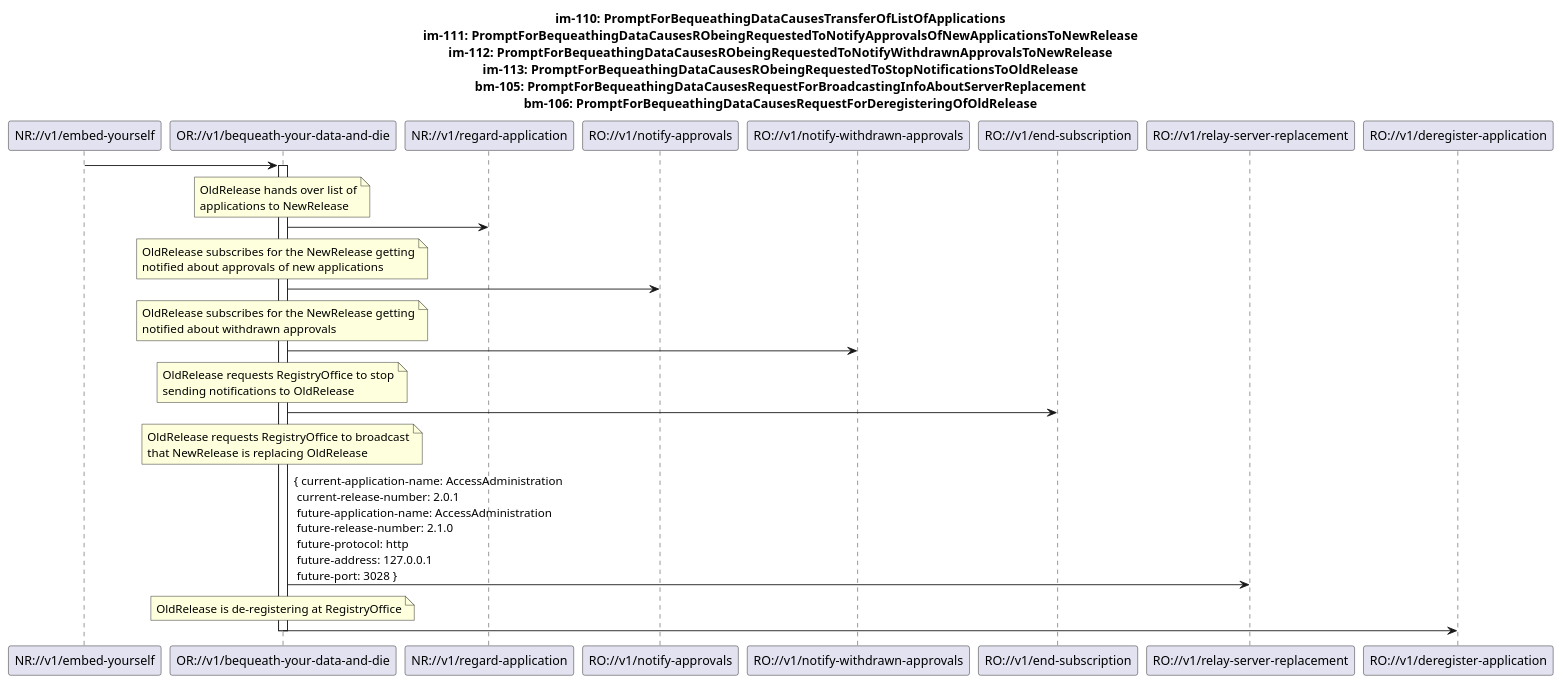
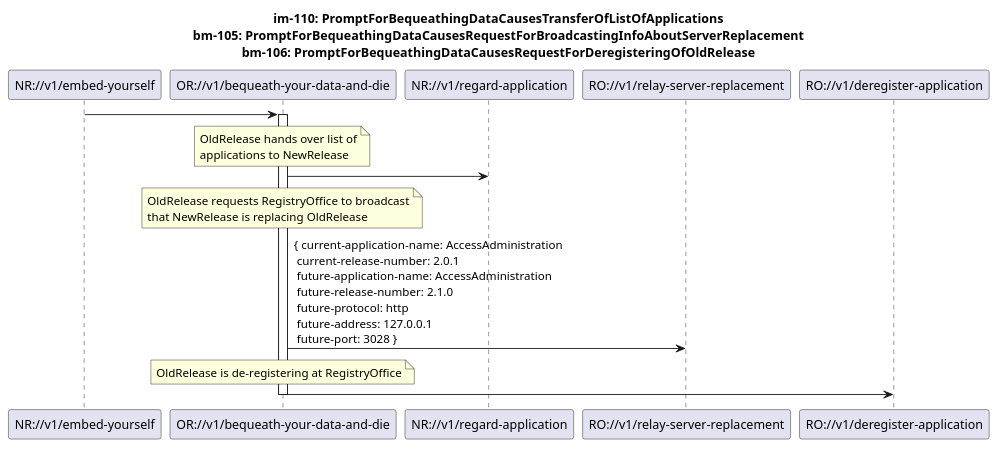
One commit to openBackhaul/AdministratorAdministration changed the diagram in spec/diagrams/im000_BequeathYourDataAndDie.plantuml. Above: the diagram before and after it, drawn with PlantUML. The commit also changed 18 other files, not shown here.

```diff
--- a/spec/diagrams/im000_BequeathYourDataAndDie.plantuml
+++ b/spec/diagrams/im000_BequeathYourDataAndDie.plantuml
@@ -1,62 +1,38 @@
 @startuml im000_BequeathYourDataAndDie
 skinparam responseMessageBelowArrow true
 
 title
 im-110: PromptForBequeathingDataCausesTransferOfListOfApplications
-im-111: PromptForBequeathingDataCausesRObeingRequestedToNotifyApprovalsOfNewApplicationsToNewRelease
-im-112: PromptForBequeathingDataCausesRObeingRequestedToNotifyWithdrawnApprovalsToNewRelease
-im-113: PromptForBequeathingDataCausesRObeingRequestedToStopNotificationsToOldRelease
 bm-105: PromptForBequeathingDataCausesRequestForBroadcastingInfoAboutServerReplacement
 bm-106: PromptForBequeathingDataCausesRequestForDeregisteringOfOldRelease
 end title
 
 participant "NR://v1/embed-yourself" as NewRelease
 participant "OR://v1/bequeath-your-data-and-die" as OldRelease
 participant "NR://v1/regard-application" as NrGetsApplications
-participant "RO://v1/notify-approvals" as NrGetsNotifiedAboutApprovals
-participant "RO://v1/notify-withdrawn-approvals" as NrGetsNotifiedAboutObjections
-participant "RO://v1/end-subscription" as RoStopNotifying
 participant "RO://v1/relay-server-replacement" as RelayServerReplacement
 participant "RO://v1/deregister-application" as Deregister
 
 NewRelease -> OldRelease
 activate OldRelease
 
 note over OldRelease
 OldRelease hands over list of
 applications to NewRelease
 end note
 OldRelease -> NrGetsApplications
-
-note over OldRelease
-OldRelease subscribes for the NewRelease getting
-notified about approvals of new applications
-end note
-OldRelease -> NrGetsNotifiedAboutApprovals
-
-note over OldRelease
-OldRelease subscribes for the NewRelease getting
-notified about withdrawn approvals
-end note
-OldRelease -> NrGetsNotifiedAboutObjections
-
-note over OldRelease
-OldRelease requests RegistryOffice to stop
-sending notifications to OldRelease
-end note
-OldRelease -> RoStopNotifying
 
 note over OldRelease
 OldRelease requests RegistryOffice to broadcast
 that NewRelease is replacing OldRelease
 end note
 OldRelease -> RelayServerReplacement : { current-application-name: AccessAdministration \n current-release-number: 2.0.1 \n future-application-name: AccessAdministration \n future-release-number: 2.1.0 \n future-protocol: http \n future-address: 127.0.0.1 \n future-port: 3028 }
 
 note over OldRelease
 OldRelease is de-registering at RegistryOffice
 end note
 OldRelease -> Deregister
 
 deactivate OldRelease
 
 @enduml
```
